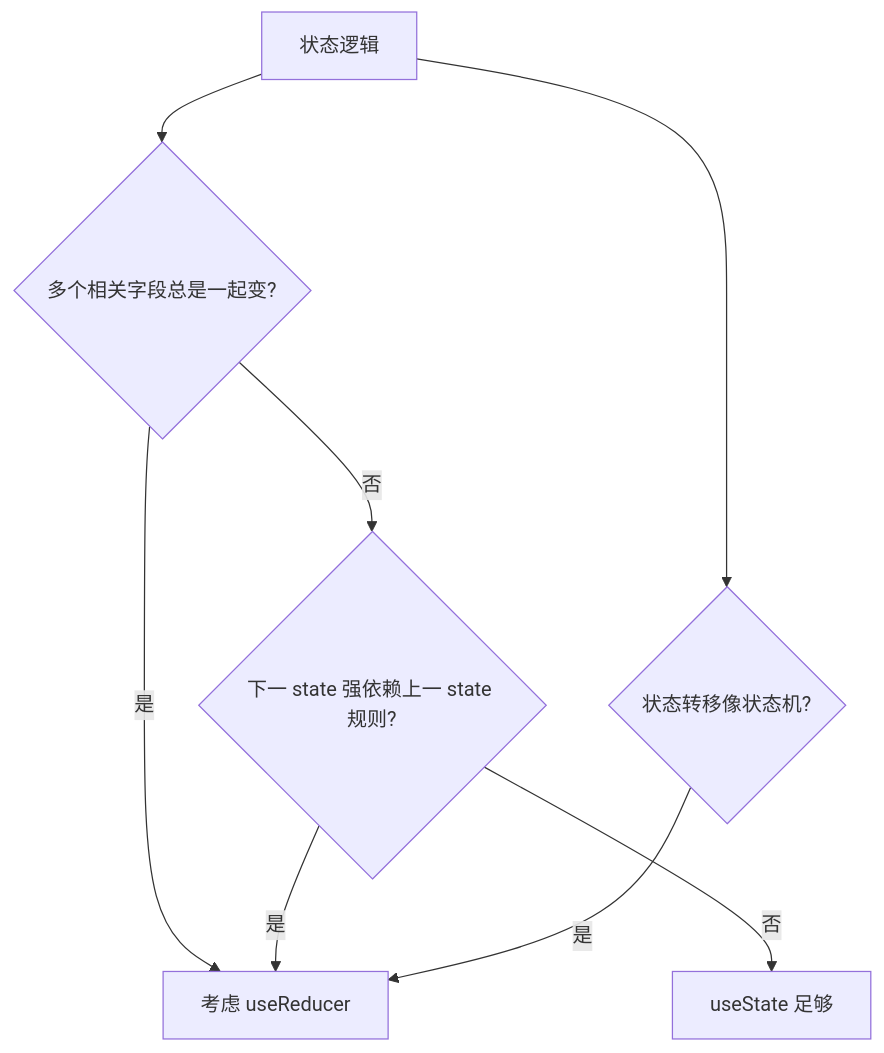
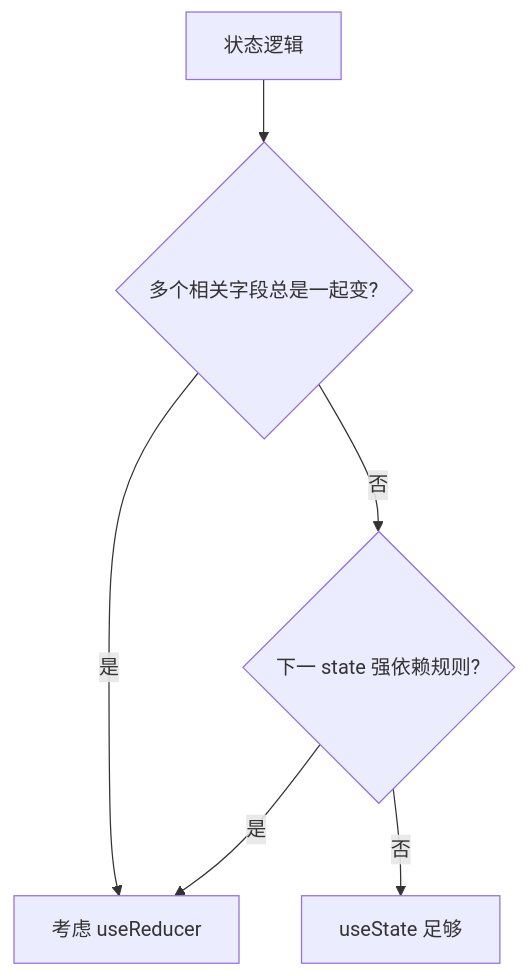
Before and after one commit to YancyZ/Knowledge-base: the diagram in 前端框架篇/React/05-Hooks体系/01-useState与useReducer.md, drawn with Mermaid. The commit also changed other lines of this file and 224 other files, not shown here.

````diff
--- a/前端框架篇/React/05-Hooks体系/01-useState与useReducer.md
+++ b/前端框架篇/React/05-Hooks体系/01-useState与useReducer.md
@@ -47,11 +28,9 @@
 ```mermaid
 flowchart TD
   Start[状态逻辑]
   Start --> Q1{多个相关字段总是一起变?}
   Q1 -->|是| R[考虑 useReducer]
-  Q1 -->|否| Q2{下一 state 强依赖上一 state 规则?}
+  Q1 -->|否| Q2{下一 state 强依赖规则?}
   Q2 -->|是| R
   Q2 -->|否| S[useState 足够]
-  Start --> Q3{状态转移像状态机?}
-  Q3 -->|是| R
 ```
````
